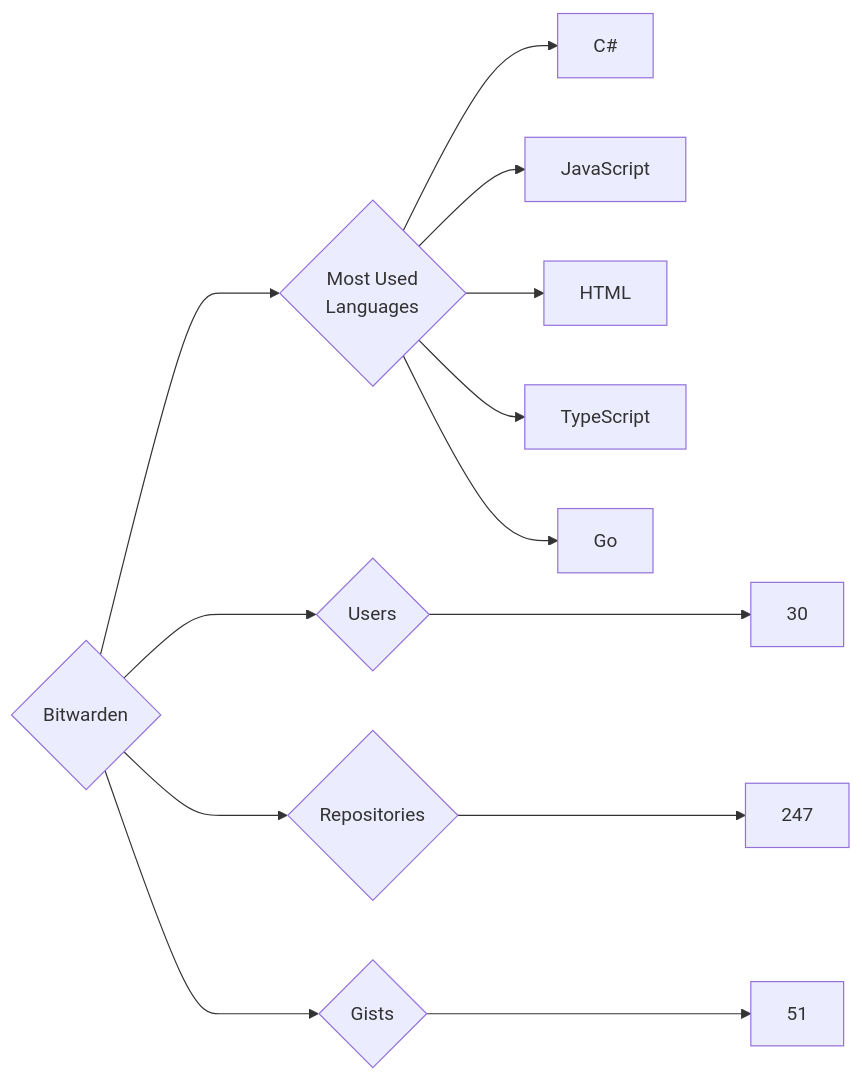
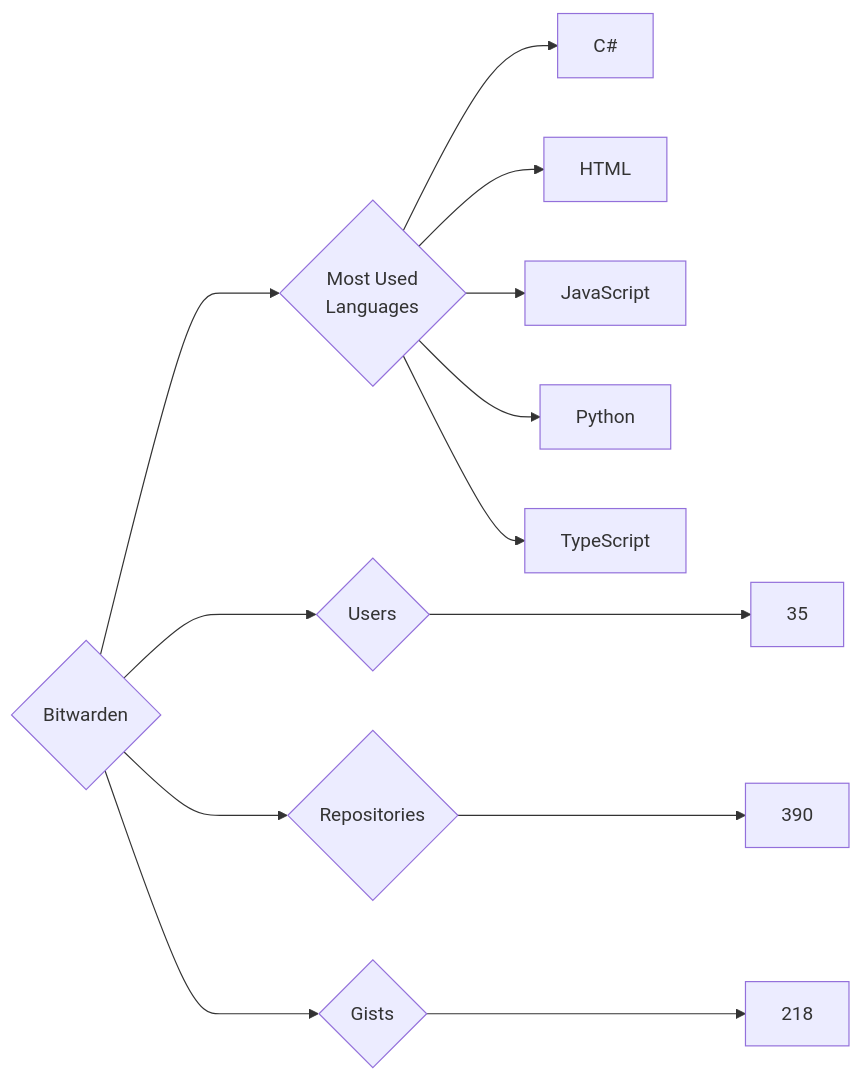
Before and after one commit to trickest/insiders: the diagram in targets/Bitwarden/README.md, drawn with Mermaid. The commit also changed 1238 other files, not shown here.

````diff
--- a/targets/Bitwarden/README.md
+++ b/targets/Bitwarden/README.md
@@ -3,13 +3,13 @@
 ```mermaid
 graph LR
 COMPANY_NAME{Bitwarden}
-COMPANY_NAME ---> U{Users} ---> UN[30]
-COMPANY_NAME ---> R{Repositories} ---> RN[247]
-COMPANY_NAME ---> G{Gists} ---> GN[51]
+COMPANY_NAME ---> U{Users} ---> UN[35]
+COMPANY_NAME ---> R{Repositories} ---> RN[390]
+COMPANY_NAME ---> G{Gists} ---> GN[218]
 COMPANY_NAME ---> ML{Most Used<br>Languages}
 ML --> C#[C#]
+ML --> HTML[HTML]
 ML --> JavaScript[JavaScript]
-ML --> HTML[HTML]
+ML --> Python[Python]
 ML --> TypeScript[TypeScript]
-ML --> Go[Go]
 ```
````
